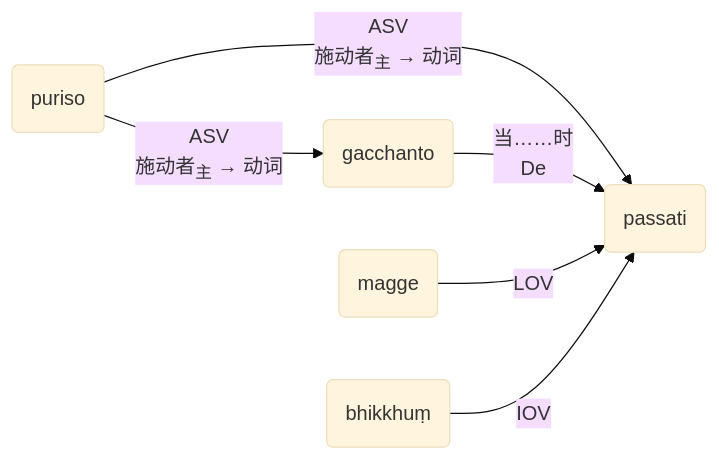
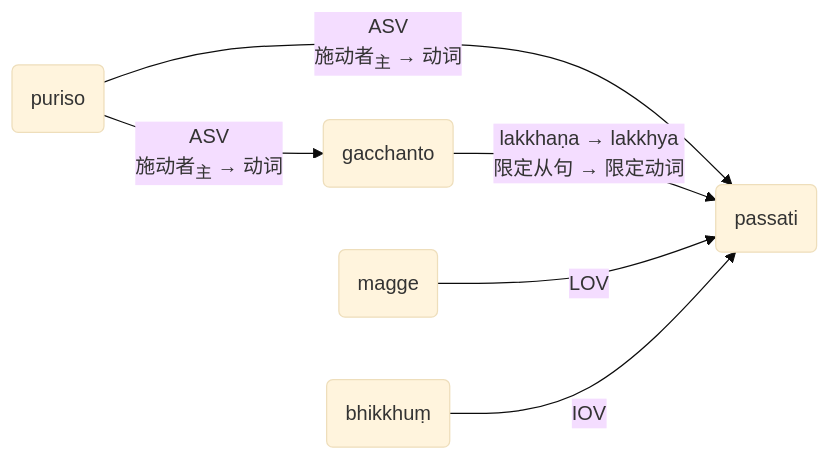
One commit to iapt-platform/pali-handbook changed the first of 4 diagrams in src/advance-relation/20_nouns.md. Above: the diagram before and after it, drawn with Mermaid (base theme). The commit also changed other lines of this file and 3 other files, not shown here.

```diff
--- a/src/advance-relation/20_nouns.md
+++ b/src/advance-relation/20_nouns.md
@@ -21,13 +20,13 @@
 <div class="mermaid">
 flowchart LR
 A("puriso")
 B("gacchanto")
 C("passati")
 D("magge")
 E("bhikkhuṃ")
 A--"ASV<br>施动者<sub>主</sub> → 动词"-->B
 A--"ASV<br>施动者<sub>主</sub> → 动词"-->C
-B--"当……时<br>De"-->C
+B--"lakkhaṇa → lakkhya<br>限定从句 → 限定动词"-->C
 D--"LOV"-->C
 E--"IOV"-->C
 </div>
```
